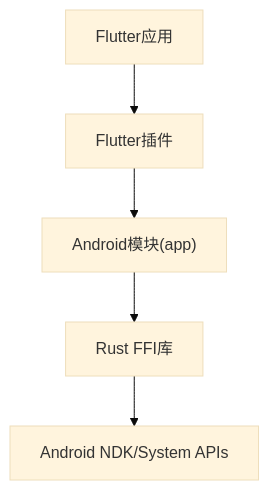
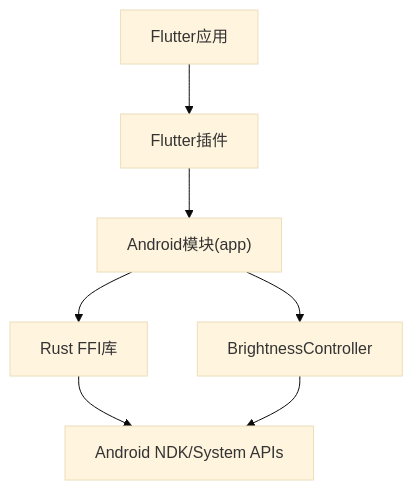
Before and after one commit to ZhangGHGitHub/LegadoTeamFlutter: the ninth of 9 diagrams in .qoder/repowiki/zh/content/Flutter跨平台应用/平台特定功能/Android平台集成.md, drawn with Mermaid (base theme). The commit also changed other lines of this file and 660 other files, not shown here.

````diff
--- a/.qoder/repowiki/zh/content/Flutter跨平台应用/平台特定功能/Android平台集成.md
+++ b/.qoder/repowiki/zh/content/Flutter跨平台应用/平台特定功能/Android平台集成.md
@@ -378,7 +509,9 @@
 ```mermaid
 graph TB
 FL["Flutter应用"] --> Plugin["Flutter插件"]
 Plugin --> AndroidMod["Android模块(app)"]
 AndroidMod --> RustLib["Rust FFI库"]
 RustLib --> System["Android NDK/System APIs"]
+AndroidMod --> BrightnessCtrl["BrightnessController"]
+BrightnessCtrl --> System
 ```
````
